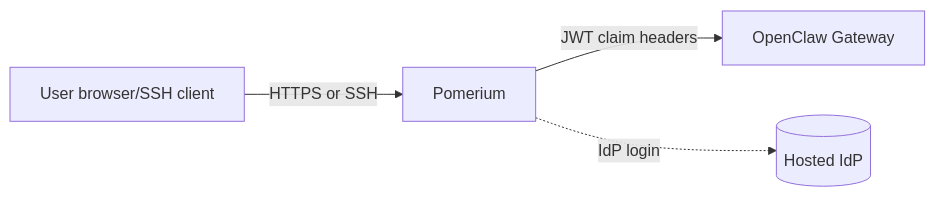
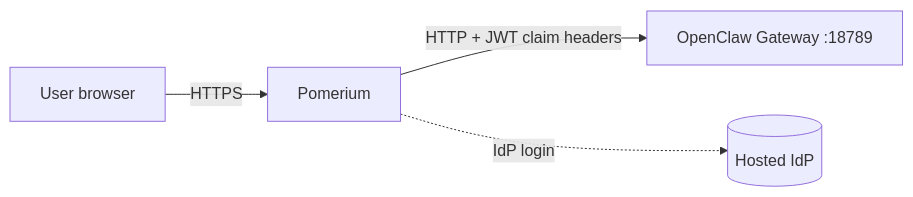
The first of 2 diagrams in content/docs/guides/openclaw.md (pomerium/documentation), drawn with Mermaid before and after one commit. The commit also changed other lines of this file, not shown here.

First line of the commit message:
docs: split OpenClaw How It Works into separate web and SSH diagrams

````diff
--- a/content/docs/guides/openclaw.md
+++ b/content/docs/guides/openclaw.md
@@ -46,6 +50,6 @@
 ```mermaid
 flowchart LR
-    user[User browser/SSH client] -->|HTTPS or SSH| pomerium[Pomerium]
-    pomerium -->|JWT claim headers| openclaw[OpenClaw Gateway]
+    user[User browser] -->|HTTPS| pomerium[Pomerium]
+    pomerium -->|HTTP + JWT claim headers| openclaw[OpenClaw Gateway :18789]
     pomerium -.->|IdP login| idp[(Hosted IdP)]
 ```
````
